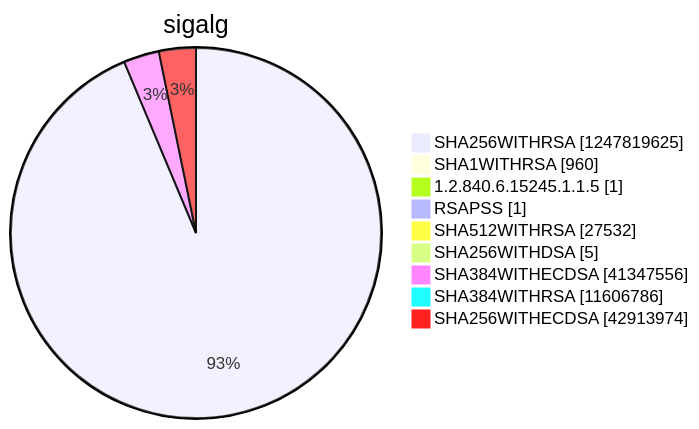
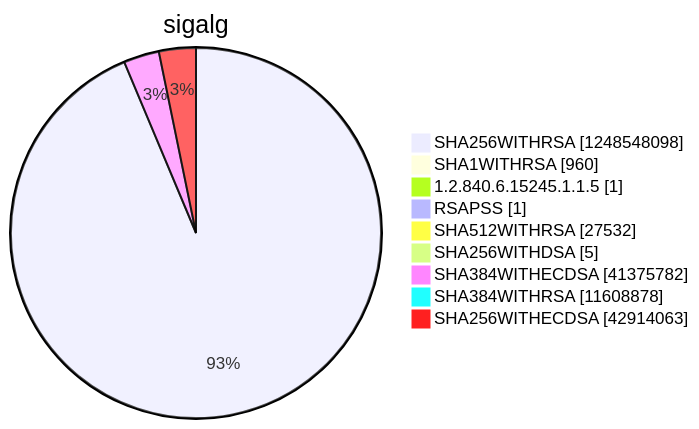
Diagram 15 of 15 in argon2022/README.md (christiankrug/ctmonitor_visualization), drawn with Mermaid before and after one commit. The commit also changed other lines of this file, not shown here.

````diff
--- a/argon2022/README.md
+++ b/argon2022/README.md
@@ -5522,13 +5522,13 @@
 ```mermaid
 pie showData
 title sigalg
-"SHA256WITHRSA" :1247819625
+"SHA256WITHRSA" :1248548098
 "SHA1WITHRSA" :960
 "1.2.840.6.15245.1.1.5" :1
 "RSAPSS" :1
 "SHA512WITHRSA" :27532
 "SHA256WITHDSA" :5
-"SHA384WITHECDSA" :41347556
-"SHA384WITHRSA" :11606786
-"SHA256WITHECDSA" :42913974
+"SHA384WITHECDSA" :41375782
+"SHA384WITHRSA" :11608878
+"SHA256WITHECDSA" :42914063
 ```
````
